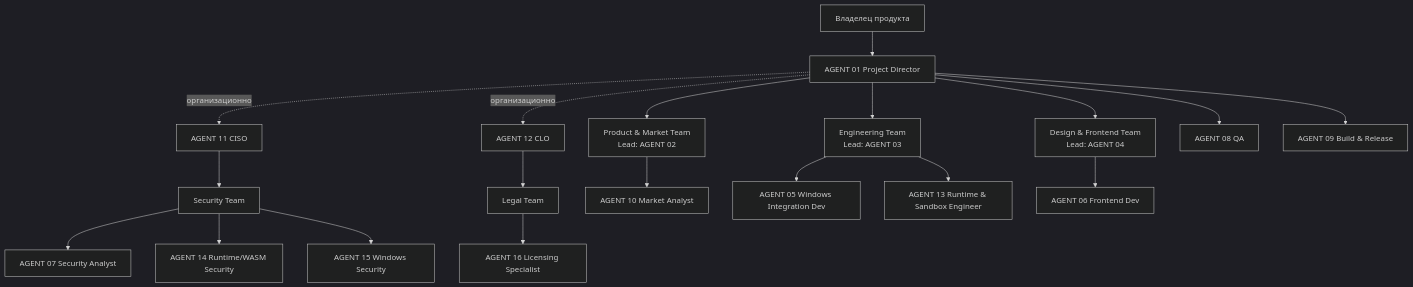
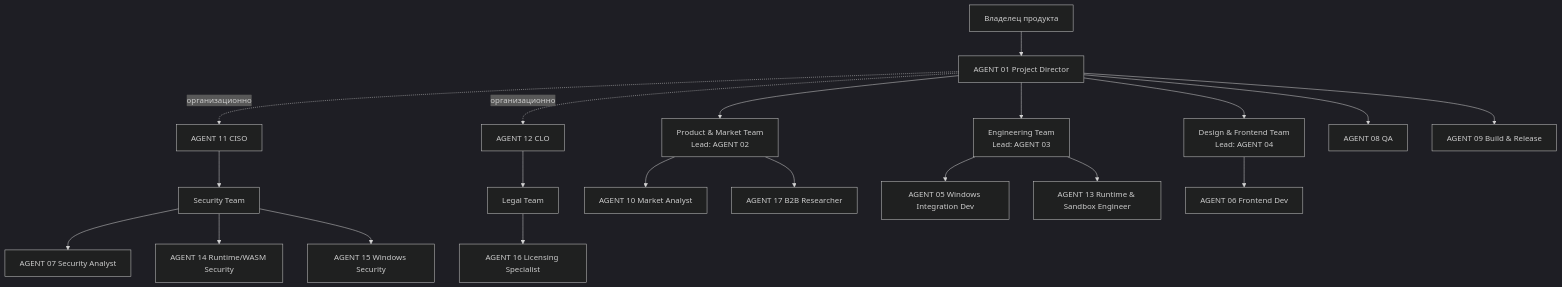
The diagram in docs/TEAM_STRUCTURE.md (vsagirov97-pixel/KEYSWITCH-MASTER-PROJECT-INSTRUCTIONS), drawn with Mermaid (dark theme) before and after one commit. The commit also changed other lines of this file and 9 other files, not shown here.

````diff
--- a/docs/TEAM_STRUCTURE.md
+++ b/docs/TEAM_STRUCTURE.md
@@ -7,21 +7,22 @@
 ```mermaid
 graph TD
   OWNER[Владелец продукта] --> PD[AGENT 01 Project Director]
   PD -.->|организационно| CISO[AGENT 11 CISO]
   PD -.->|организационно| CLO[AGENT 12 CLO]
   PD --> PM[Product & Market Team<br/>Lead: AGENT 02]
   PD --> ENG[Engineering Team<br/>Lead: AGENT 03]
   PD --> DES[Design & Frontend Team<br/>Lead: AGENT 04]
   PD --> QA[AGENT 08 QA]
   PD --> REL[AGENT 09 Build & Release]
   CISO --> SEC[Security Team]
   CLO --> LEG[Legal Team]
   LEG --> A16[AGENT 16 Licensing Specialist]
   PM --> A10[AGENT 10 Market Analyst]
+  PM --> A17[AGENT 17 B2B Researcher]
   ENG --> A05[AGENT 05 Windows Integration Dev]
   ENG --> A13[AGENT 13 Runtime & Sandbox Engineer]
   DES --> A06[AGENT 06 Frontend Dev]
   SEC --> A07[AGENT 07 Security Analyst]
   SEC --> A14[AGENT 14 Runtime/WASM Security]
   SEC --> A15[AGENT 15 Windows Security]
 ```
````
